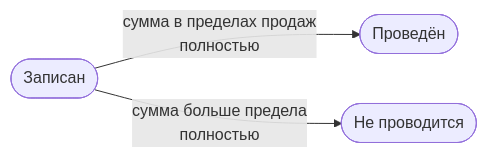
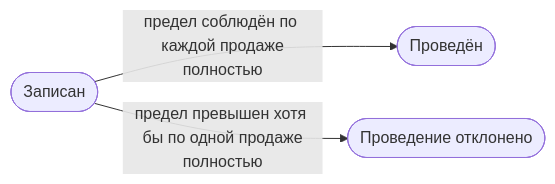
The fourth of 4 diagrams in docs/accounting-rules.md (EGSP/collection-zarplata), drawn with Mermaid before and after one commit. The commit also changed other lines of this file and 20 other files, not shown here.

````diff
--- a/docs/accounting-rules.md
+++ b/docs/accounting-rules.md
@@ -104,9 +145,9 @@
 ```mermaid
 flowchart LR
     written(["Записан"])
     posted(["Проведён"])
-    rejected(["Не проводится"])
+    rejected(["Проведение отклонено"])
 
-    written -- "сумма в пределах продаж<br/>полностью" --> posted
-    written -- "сумма больше предела<br/>полностью" --> rejected
+    written -- "предел соблюдён по каждой продаже<br/>полностью" --> posted
+    written -- "предел превышен хотя бы по одной продаже<br/>полностью" --> rejected
 ```
````
